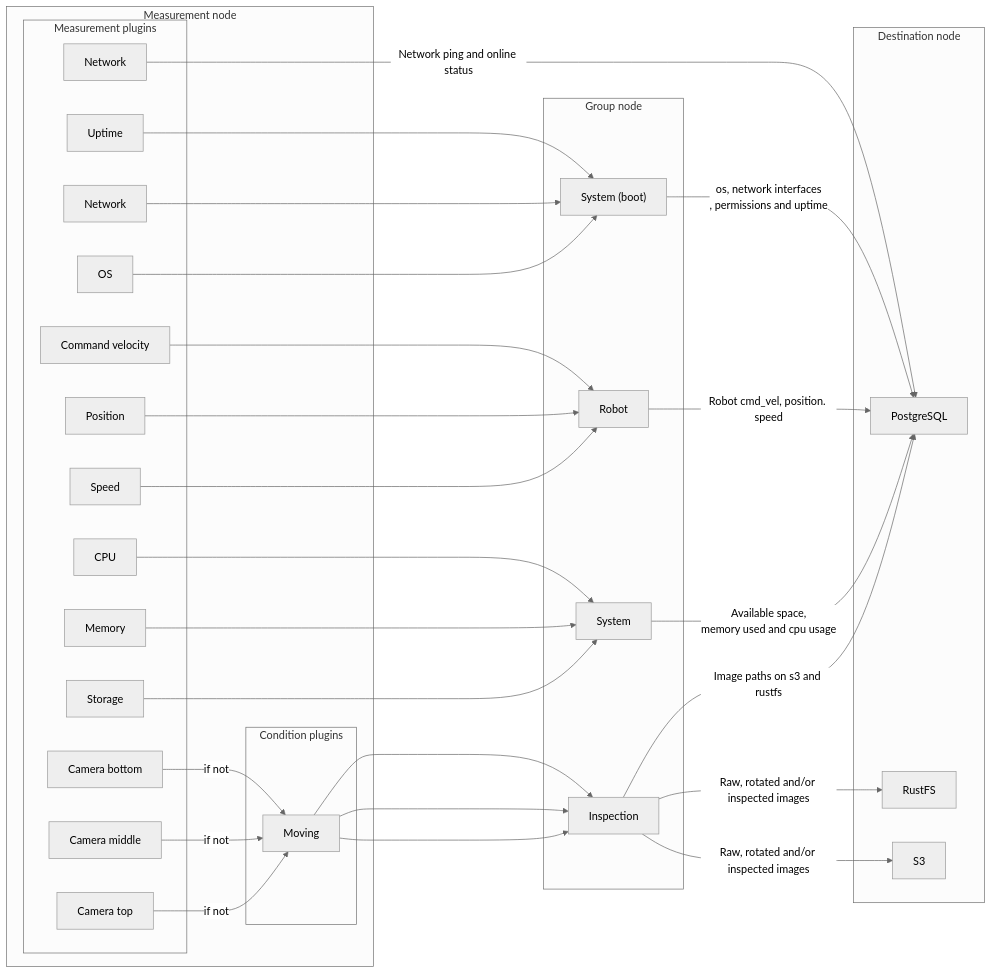
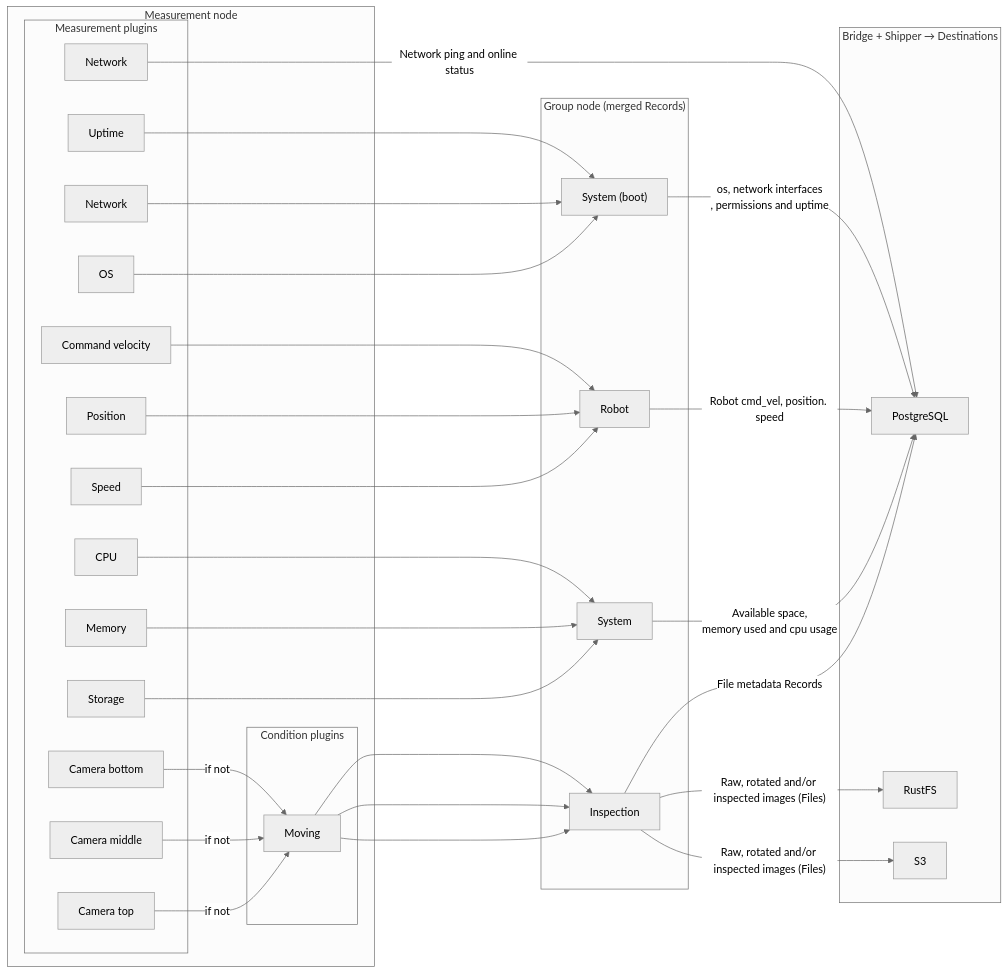
The diagram in doc/src/dc/introduction.md (Minipada/ros2_data_collection), drawn with Mermaid (neutral theme) before and after one commit. The commit also changed other lines of this file and 24 other files, not shown here.

````diff
--- a/doc/src/dc/introduction.md
+++ b/doc/src/dc/introduction.md
@@ -86,72 +86,72 @@
 ```mermaid
 flowchart LR
     pl_camera1["Camera bottom"]
     pl_camera2["Camera middle"]
     pl_camera3["Camera top"]
     pl_condition_moving["Moving"]
     pl_cpu["CPU"]
     pl_cmd_vel["Command velocity"]
     pl_memory["Memory"]
     pl_position["Position"]
     pl_speed["Speed"]
     pl_storage["Storage"]
     pl_uptime["Uptime"]
     pl_network["Network"]
     pl_network_boot["Network"]
     pl_os_boot["OS"]
 
     subgraph m_n["Measurement node"]
         subgraph cond["Condition plugins"]
             pl_condition_moving
         end
         subgraph measurements["Measurement plugins"]
             pl_camera1
             pl_camera2
             pl_camera3
             pl_cpu
             pl_cmd_vel
             pl_memory
             pl_position
             pl_speed
             pl_storage
             pl_uptime
             pl_network
             pl_network_boot
             pl_os_boot
         end
     end
 
-    subgraph g_n["Group node"]
+    subgraph g_n["Group node (merged Records)"]
         gr_boot_system["System (boot)"]
         gr_system["System"]
         gr_robot["Robot"]
         gr_inspection["Inspection"]
     end
 
-    subgraph d_n["Destination node"]
+    subgraph d_n["Bridge + Shipper → Destinations"]
         pl_pgsql["PostgreSQL"]
         pl_rustfs["RustFS"]
         pl_s3["S3"]
     end
 
     pl_camera1 -- if not --> pl_condition_moving --> gr_inspection
     pl_camera2 -- if not --> pl_condition_moving --> gr_inspection
     pl_camera3 -- if not --> pl_condition_moving --> gr_inspection
     pl_cpu --> gr_system
     pl_memory --> gr_system
     pl_uptime --> gr_boot_system
     pl_network_boot --> gr_boot_system
     pl_os_boot --> gr_boot_system
     pl_storage --> gr_system
     pl_cmd_vel --> gr_robot
     pl_position --> gr_robot
     pl_speed --> gr_robot
 
     pl_network -- Network ping and online status --> pl_pgsql
     gr_boot_system -- os, network interfaces\n, permissions and uptime --> pl_pgsql
     gr_robot -- Robot cmd_vel, position. speed --> pl_pgsql
     gr_system -- Available space,\n memory used and cpu usage --> pl_pgsql
-    gr_inspection -- Image paths on s3 and rustfs --> pl_pgsql
-    gr_inspection -- Raw, rotated and/or inspected images --> pl_rustfs
-    gr_inspection -- Raw, rotated and/or inspected images --> pl_s3
+    gr_inspection -- File metadata Records --> pl_pgsql
+    gr_inspection -- "Raw, rotated and/or inspected images (Files)" --> pl_rustfs
+    gr_inspection -- "Raw, rotated and/or inspected images (Files)" --> pl_s3
 ```
````
